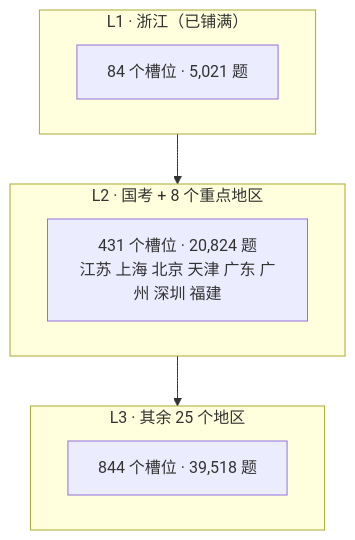
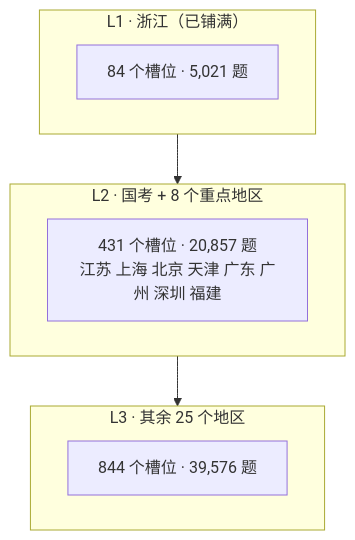
One commit to ProfessorZhi/gwy-zhenti changed the second of 2 diagrams in README.md. Above: the diagram before and after it, drawn with Mermaid. The commit also changed other lines of this file and 17 other files, not shown here.

First line of the commit message:
docs: 目录索引、图片/结构审计与文档口径统一

````diff
--- a/README.md
+++ b/README.md
@@ -70,13 +71,13 @@
 ```mermaid
 flowchart TB
     subgraph L1["L1 · 浙江（已铺满）"]
         A1["84 个槽位 · 5,021 题"]
     end
     subgraph L2["L2 · 国考 + 8 个重点地区"]
-        A2["431 个槽位 · 20,824 题<br/>江苏 上海 北京 天津 广东 广州 深圳 福建"]
+        A2["431 个槽位 · 20,857 题<br/>江苏 上海 北京 天津 广东 广州 深圳 福建"]
     end
     subgraph L3["L3 · 其余 25 个地区"]
-        A3["844 个槽位 · 39,518 题"]
+        A3["844 个槽位 · 39,576 题"]
     end
     L1 --> L2 --> L3
 ```
````
